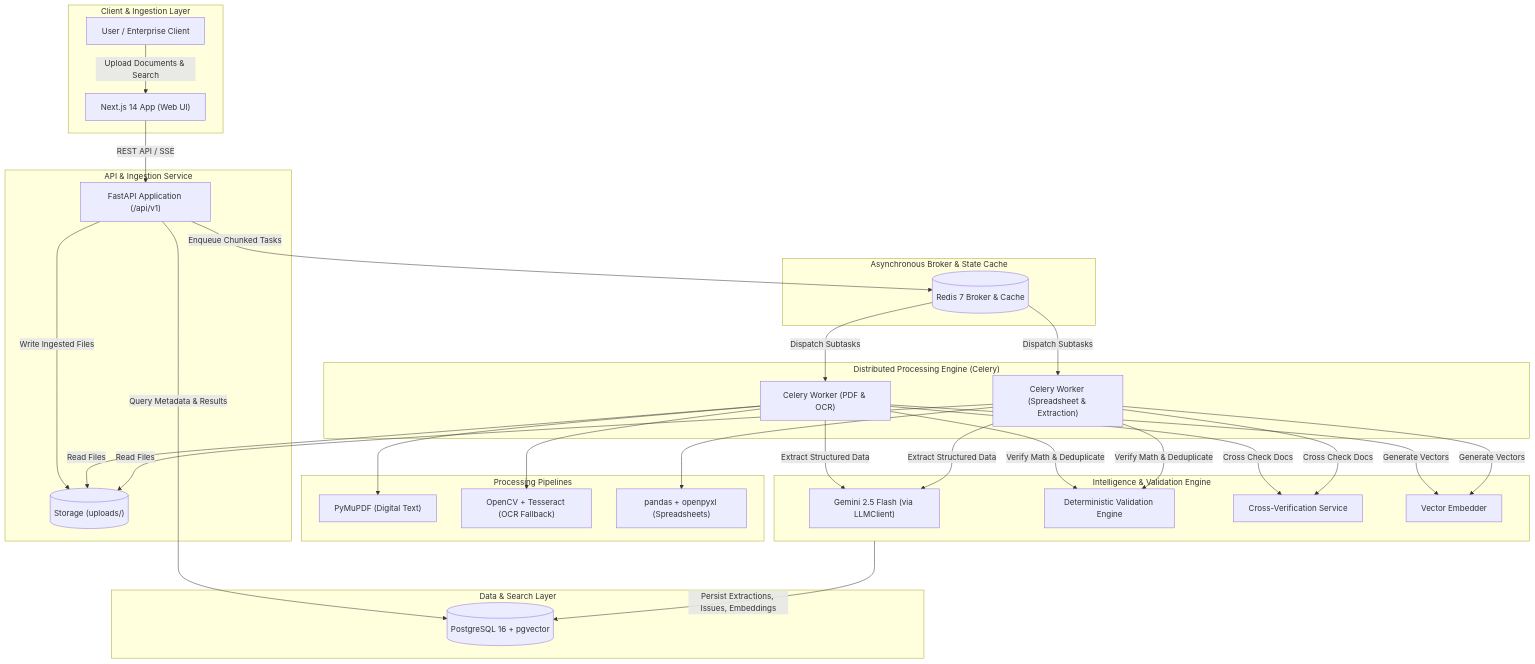
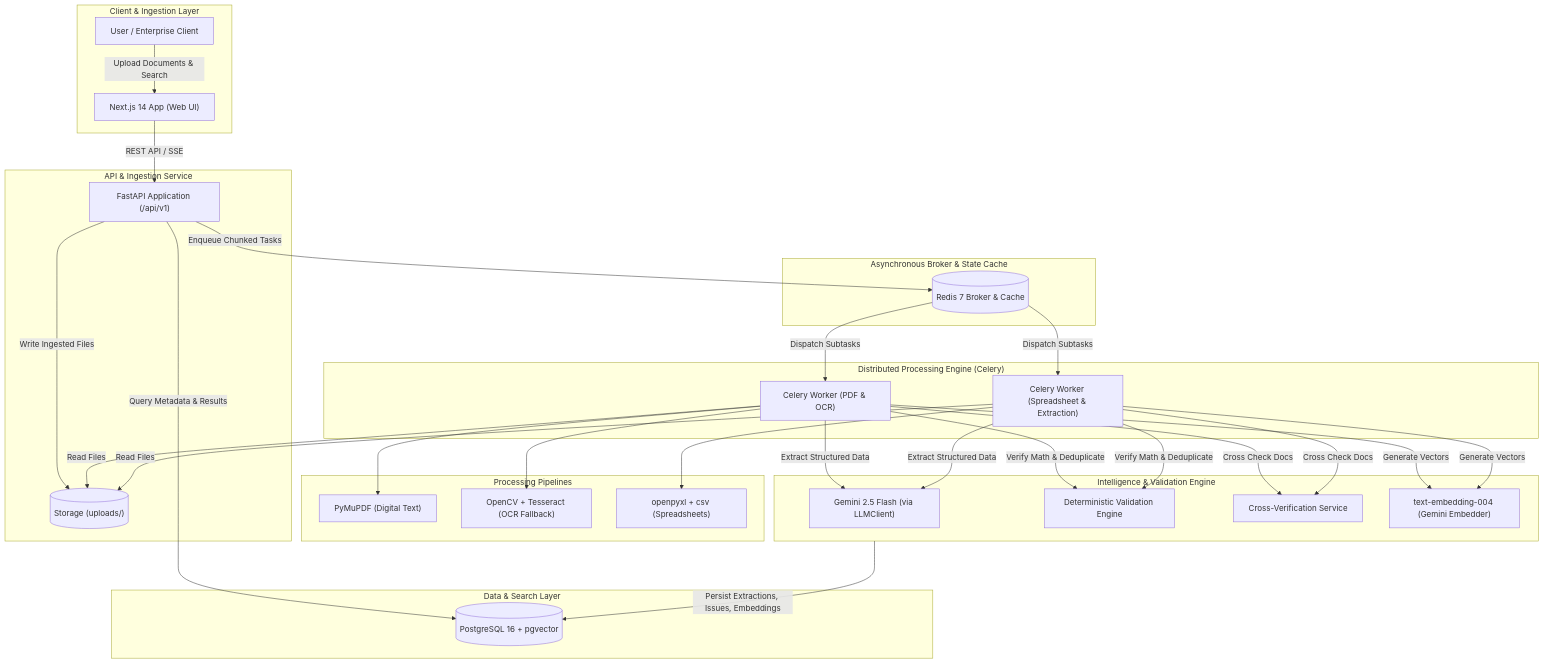
The first of 4 diagrams in docs/architecture.md (prangon59/DocIntel), drawn with Mermaid before and after one commit. The commit also changed other lines of this file and 102 other files, not shown here.

````diff
--- a/docs/architecture.md
+++ b/docs/architecture.md
@@ -14,57 +16,57 @@
 ```mermaid
 flowchart TD
     subgraph ClientLayer ["Client & Ingestion Layer"]
         User["User / Enterprise Client"]
         Web["Next.js 14 App (Web UI)"]
         User -->|Upload Documents & Search| Web
     end
 
     subgraph APILayer ["API & Ingestion Service"]
         API["FastAPI Application (/api/v1)"]
         Web -->|REST API / SSE| API
         LocalStorage[("Storage (uploads/)")]
         API -->|Write Ingested Files| LocalStorage
     end
 
     subgraph QueueBroker ["Asynchronous Broker & State Cache"]
         Redis[("Redis 7 Broker & Cache")]
         API -->|Enqueue Chunked Tasks| Redis
     end
 
     subgraph DataStorage ["Data & Search Layer"]
         Postgres[("PostgreSQL 16 + pgvector")]
         API -->|Query Metadata & Results| Postgres
     end
 
     subgraph WorkerLayer ["Distributed Processing Engine (Celery)"]
         Worker1["Celery Worker (PDF & OCR)"]
         Worker2["Celery Worker (Spreadsheet & Extraction)"]
         Redis -->|Dispatch Subtasks| Worker1
         Redis -->|Dispatch Subtasks| Worker2
         Worker1 -->|Read Files| LocalStorage
         Worker2 -->|Read Files| LocalStorage
     end
 
     subgraph ProcessingPipelines ["Processing Pipelines"]
         PyMuPDF["PyMuPDF (Digital Text)"]
         OCR["OpenCV + Tesseract (OCR Fallback)"]
-        Excel["pandas + openpyxl (Spreadsheets)"]
+        Excel["openpyxl + csv (Spreadsheets)"]
         Worker1 --> PyMuPDF
         Worker1 --> OCR
         Worker2 --> Excel
     end
 
     subgraph IntelligenceLayer ["Intelligence & Validation Engine"]
         LLM["Gemini 2.5 Flash (via LLMClient)"]
         Validator["Deterministic Validation Engine"]
         CrossVerifier["Cross-Verification Service"]
-        Embedder["Vector Embedder"]
+        Embedder["text-embedding-004 (Gemini Embedder)"]
 
         Worker1 & Worker2 -->|Extract Structured Data| LLM
         Worker1 & Worker2 -->|Verify Math & Deduplicate| Validator
         Worker1 & Worker2 -->|Cross Check Docs| CrossVerifier
         Worker1 & Worker2 -->|Generate Vectors| Embedder
     end
 
     IntelligenceLayer -->|Persist Extractions, Issues, Embeddings| Postgres
 ```
````
